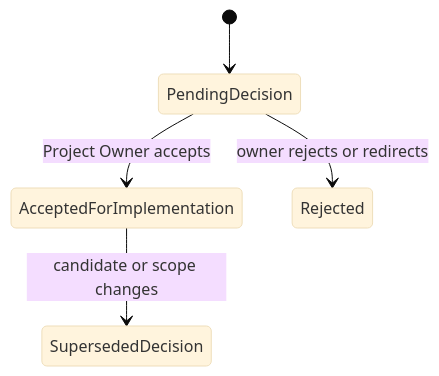
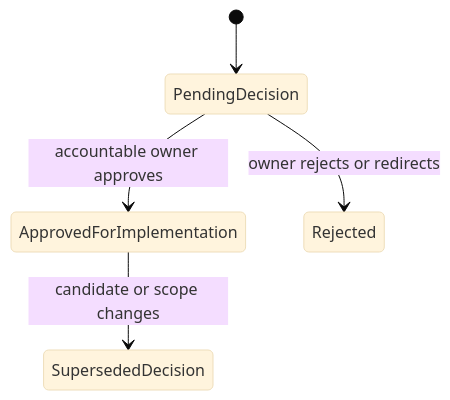
One commit to bobaoai/agent_runtime changed the second of 3 diagrams in 09_soul/governance/t0/the_design_doc_management.md. Above: the diagram before and after it, drawn with Mermaid (base theme). The commit also changed other lines of this file and 120 other files, not shown here.

````diff
--- a/09_soul/governance/t0/the_design_doc_management.md
+++ b/09_soul/governance/t0/the_design_doc_management.md
@@ -251,7 +282,7 @@
 ```mermaid
 stateDiagram-v2
     [*] --> PendingDecision
-    PendingDecision --> AcceptedForImplementation: Project Owner accepts
+    PendingDecision --> ApprovedForImplementation: accountable owner approves
     PendingDecision --> Rejected: owner rejects or redirects
-    AcceptedForImplementation --> SupersededDecision: candidate or scope changes
+    ApprovedForImplementation --> SupersededDecision: candidate or scope changes
 ```
````
